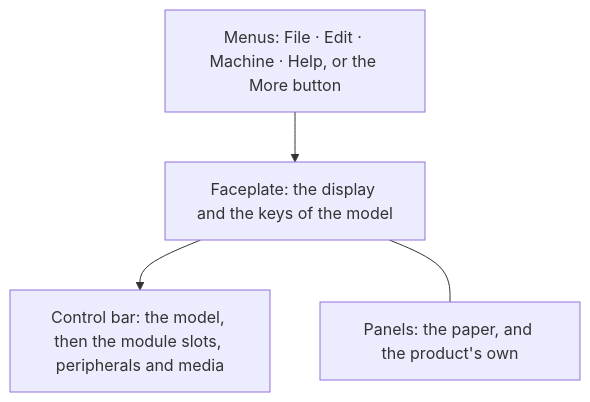
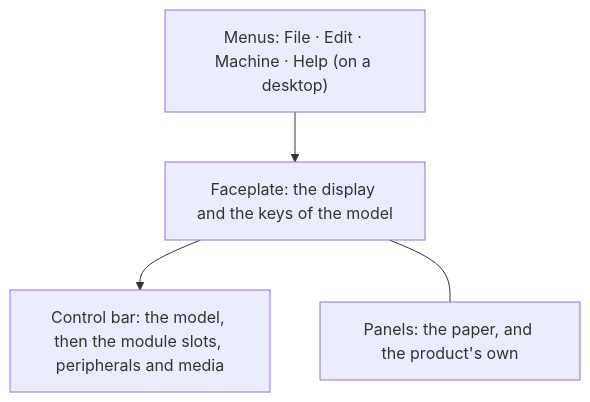
One commit to tinue/calc-u changed the diagram in library/help/02-getting-started.md. Above: the diagram before and after it, drawn with Mermaid. The commit also changed other lines of this file and 43 other files, not shown here.

````diff
--- a/library/help/02-getting-started.md
+++ b/library/help/02-getting-started.md
@@ -13,9 +13,9 @@
 ```mermaid
 flowchart TB
-  menus["Menus: File · Edit · Machine · Help, or the More button"]
+  menus["Menus: File · Edit · Machine · Help (on a desktop)"]
   faceplate["Faceplate: the display and the keys of the model"]
   bar["Control bar: the model, then the module slots, peripherals and media"]
   panels["Panels: the paper, and the product's own"]
   menus --> faceplate --> bar
   faceplate --- panels
 ```
````
